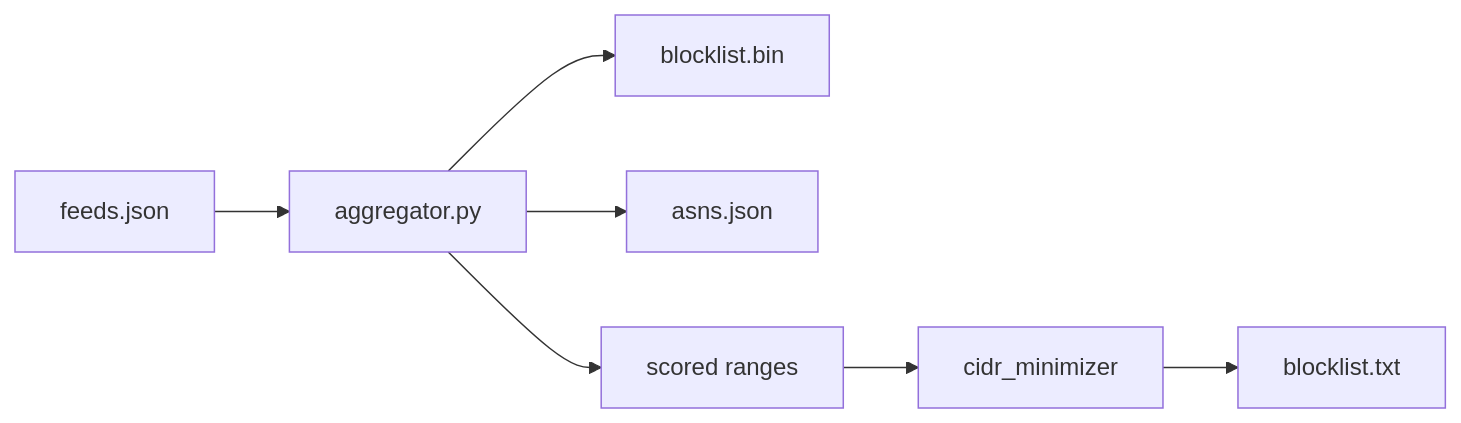
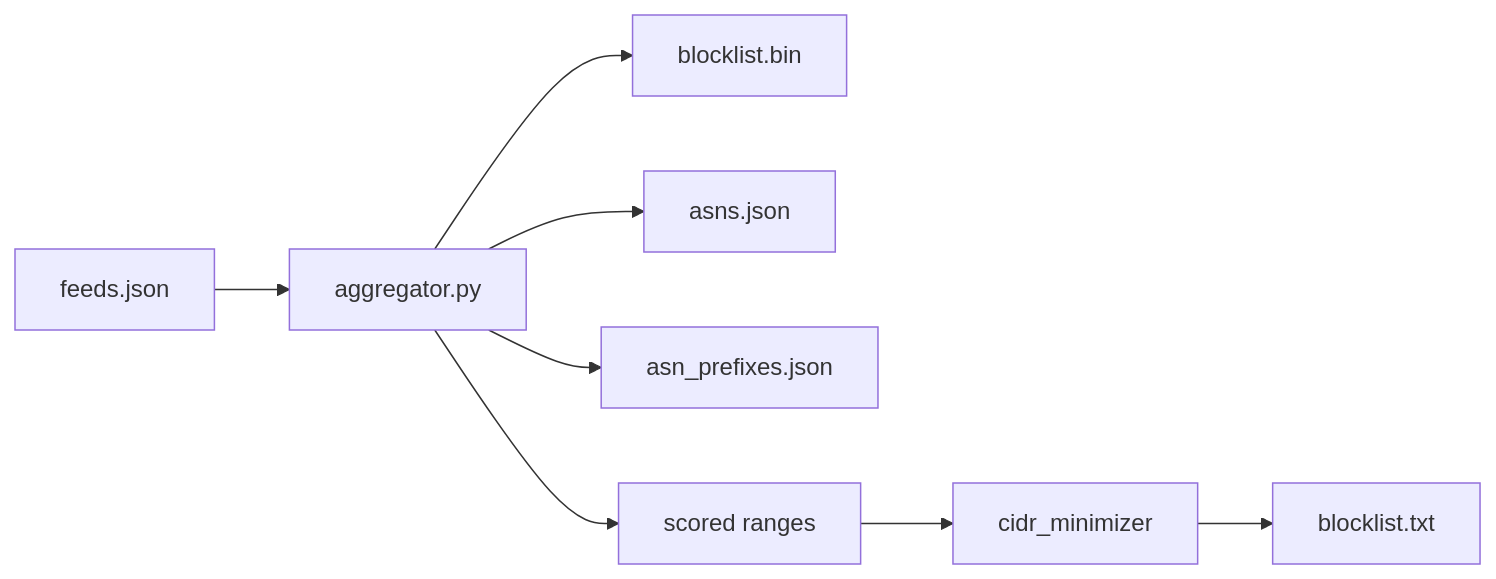
The first of 2 diagrams in README.md (tn3w/IPBlocklist), drawn with Mermaid before and after one commit. The commit also changed other lines of this file, not shown here.

Commit message:
docs: Added asn_prefixes.json to the mermaid visualizations

````diff
--- a/README.md
+++ b/README.md
@@ -66,9 +66,10 @@
 ```mermaid
 flowchart LR
     A[feeds.json] --> B[aggregator.py]
     B --> C[blocklist.bin]
     B --> D[asns.json]
+    B --> AP[asn_prefixes.json]
     B --> E[scored ranges]
     E --> F[cidr_minimizer]
     F --> G[blocklist.txt]
 ```
````
